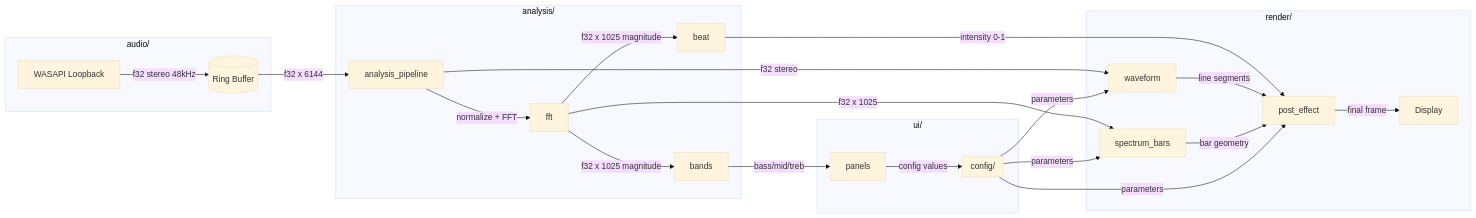
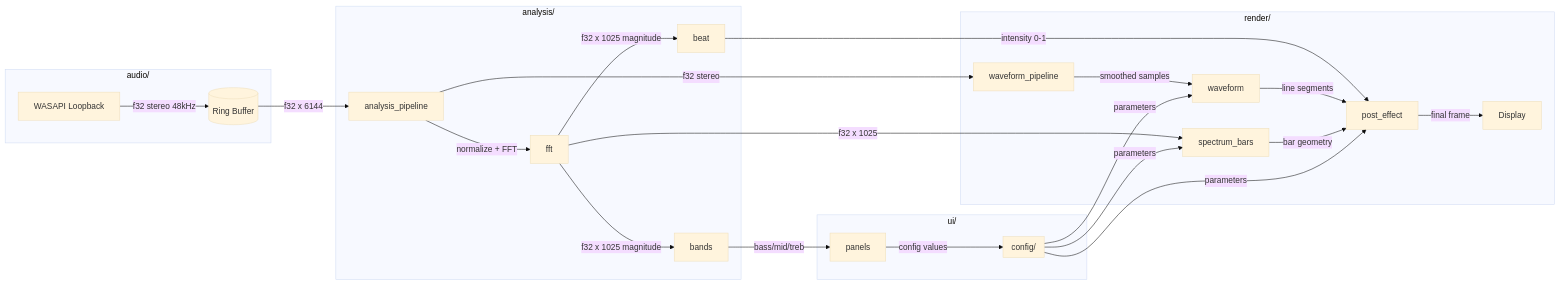
The diagram in docs/architecture.md (EvanLavender13/audio-jones), drawn with Mermaid (base theme) before and after one commit. The commit also changed other lines of this file and 4 other files, not shown here.

First line of the commit message:
Update architecture docs for WaveformPipeline extraction

````diff
--- a/docs/architecture.md
+++ b/docs/architecture.md
@@ -11,33 +11,34 @@
 ```mermaid
 flowchart LR
     subgraph Audio[audio/]
         WASAPI[WASAPI Loopback] -->|f32 stereo 48kHz| RB[(Ring Buffer)]
     end
 
     subgraph Analysis[analysis/]
         RB -->|f32 x 6144| AP[analysis_pipeline]
         AP -->|normalize + FFT| FFT[fft]
         FFT -->|f32 x 1025 magnitude| Beat[beat]
         FFT -->|f32 x 1025 magnitude| Bands[bands]
     end
 
     subgraph Render[render/]
-        AP -->|f32 stereo| WF[waveform]
+        AP -->|f32 stereo| WP[waveform_pipeline]
+        WP -->|smoothed samples| WF[waveform]
         Beat -->|intensity 0-1| PE[post_effect]
         FFT -->|f32 x 1025| SB[spectrum_bars]
         WF -->|line segments| PE
         SB -->|bar geometry| PE
         PE -->|final frame| Screen[Display]
     end
 
     subgraph UI[ui/]
         Panels[panels] -->|config values| Config
         Bands -->|bass/mid/treb| Panels
     end
 
     subgraph Config[config/]
         Config -->|parameters| WF
         Config -->|parameters| PE
         Config -->|parameters| SB
     end
 ```
````
